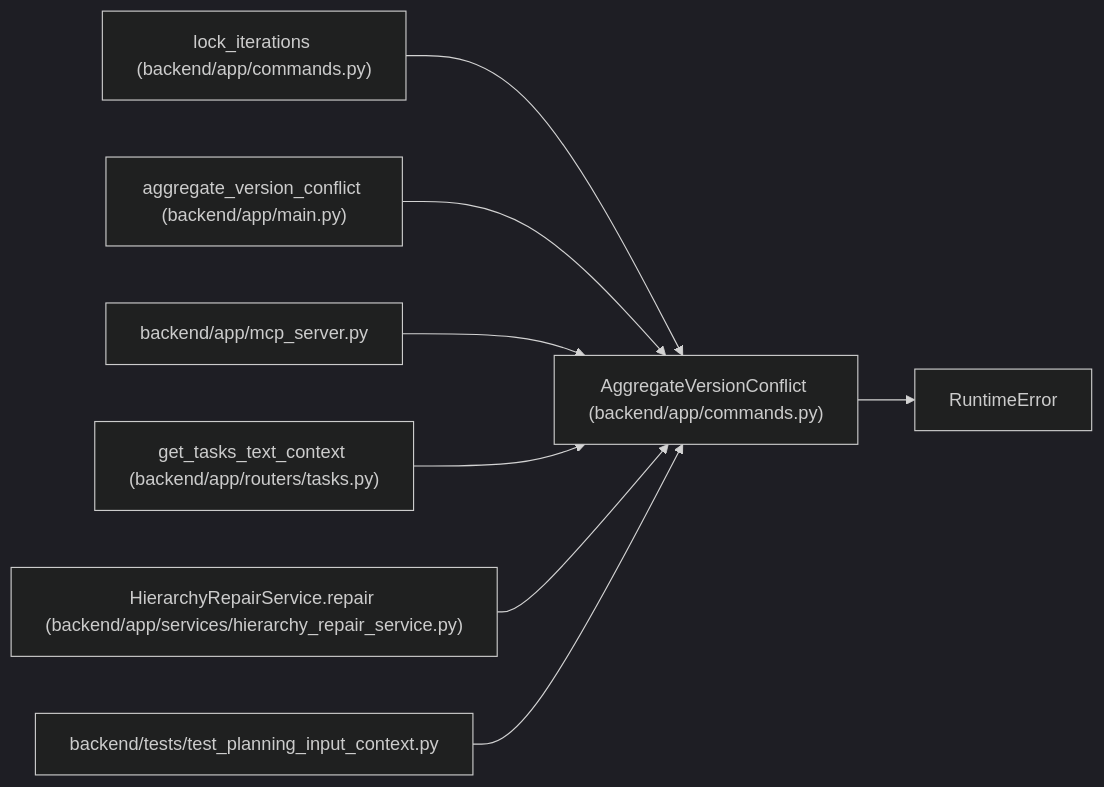
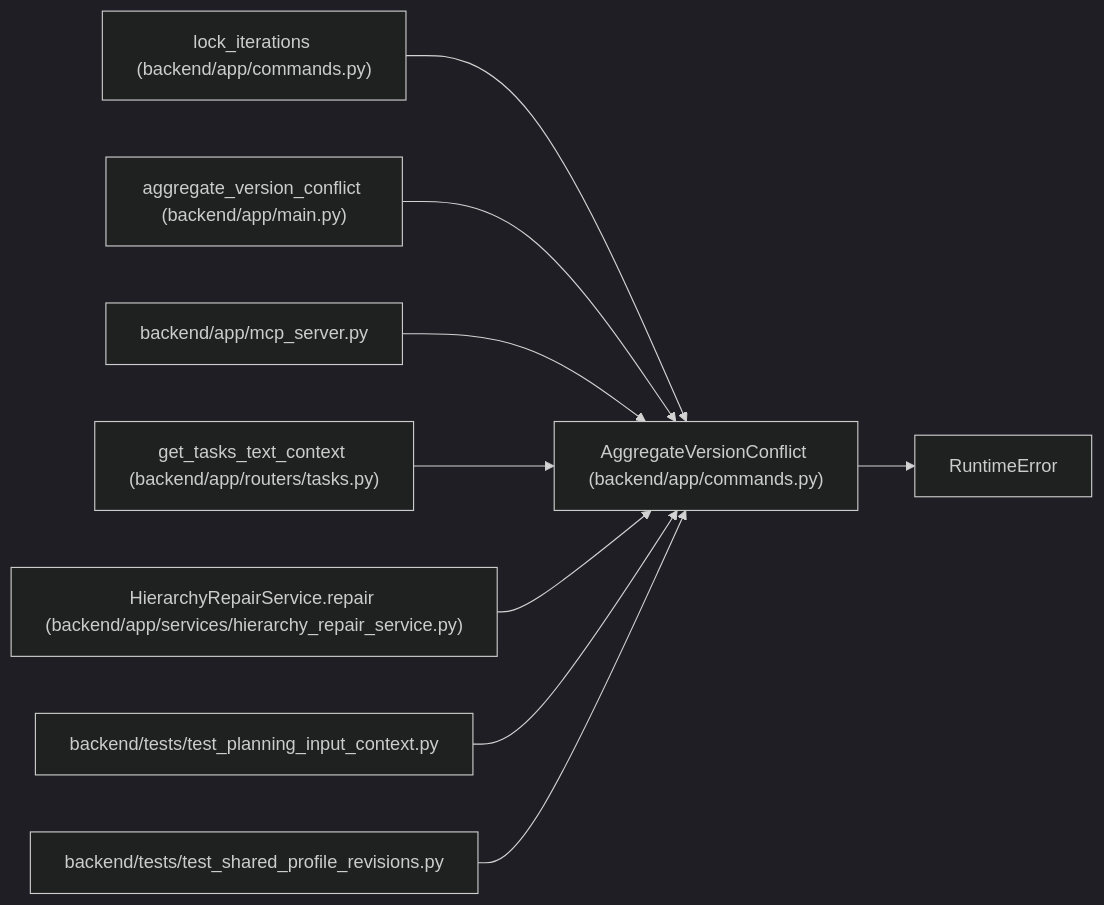
Before and after one commit to Denissvgn/WorkChord: the diagram in docs/llm_wiki/entities/AggregateVersionConflict.md, drawn with Mermaid (dark theme). The commit also changed other lines of this file and 512 other files, not shown here.

````diff
--- a/docs/llm_wiki/entities/AggregateVersionConflict.md
+++ b/docs/llm_wiki/entities/AggregateVersionConflict.md
@@ -26,25 +26,28 @@
 ```mermaid
 flowchart LR
     n0["AggregateVersionConflict (backend/app/commands.py)"]
     n1["RuntimeError"]
     n2["lock_iterations (backend/app/commands.py)"]
     n3["aggregate_version_conflict (backend/app/main.py)"]
     n4["backend/app/mcp_server.py"]
     n5["get_tasks_text_context (backend/app/routers/tasks.py)"]
     n6["HierarchyRepairService.repair (backend/app/services/hierarchy_repair_service.py)"]
     n7["backend/tests/test_planning_input_context.py"]
+    n8["backend/tests/test_shared_profile_revisions.py"]
     n0 --> n1
     n2 --> n0
     n3 --> n0
     n4 --> n0
     n5 --> n0
     n6 --> n0
     n7 --> n0
+    n8 --> n0
     click n0 "../modules/commands.md"
     click n2 "../modules/commands.md"
     click n3 "../modules/app_main.md"
     click n4 "../modules/mcp_server.md"
     click n5 "../modules/tasks.md"
     click n6 "../modules/hierarchy_repair_service.md"
     click n7 "../modules/test_planning_input_context.md"
+    click n8 "../modules/test_shared_profile_revisions.md"
 ```
````
